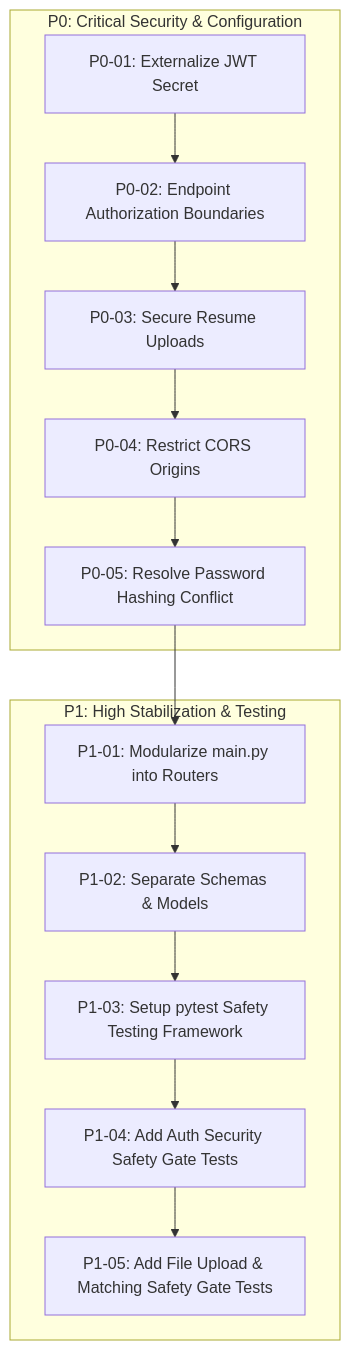
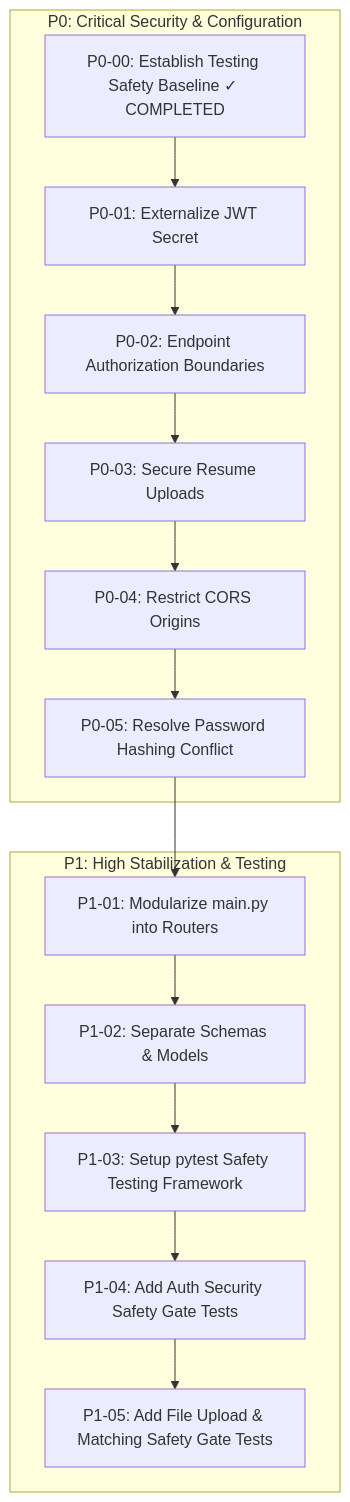
One commit to AlvinMutie/Job-seer changed the diagram in docs/ROADMAP.md. Above: the diagram before and after it, drawn with Mermaid. The commit also changed other lines of this file and 13 other files, not shown here.

````diff
--- a/docs/ROADMAP.md
+++ b/docs/ROADMAP.md
@@ -9,20 +9,21 @@
 ```mermaid
 flowchart TD
     subgraph P0 [P0: Critical Security & Configuration]
+        P0-00[P0-00: Establish Testing Safety Baseline ✓ COMPLETED]
         P0-01[P0-01: Externalize JWT Secret]
         P0-02[P0-02: Endpoint Authorization Boundaries]
         P0-03[P0-03: Secure Resume Uploads]
         P0-04[P0-04: Restrict CORS Origins]
         P0-05[P0-05: Resolve Password Hashing Conflict]
     end
 
     subgraph P1 [P1: High Stabilization & Testing]
         P1-01[P1-01: Modularize main.py into Routers]
         P1-02[P1-02: Separate Schemas & Models]
         P1-03[P1-03: Setup pytest Safety Testing Framework]
         P1-04[P1-04: Add Auth Security Safety Gate Tests]
         P1-05[P1-05: Add File Upload & Matching Safety Gate Tests]
     end
 
-    P0-01 --> P0-02 --> P0-03 --> P0-04 --> P0-05 --> P1-01 --> P1-02 --> P1-03 --> P1-04 --> P1-05
+    P0-00 --> P0-01 --> P0-02 --> P0-03 --> P0-04 --> P0-05 --> P1-01 --> P1-02 --> P1-03 --> P1-04 --> P1-05
 ```
````
